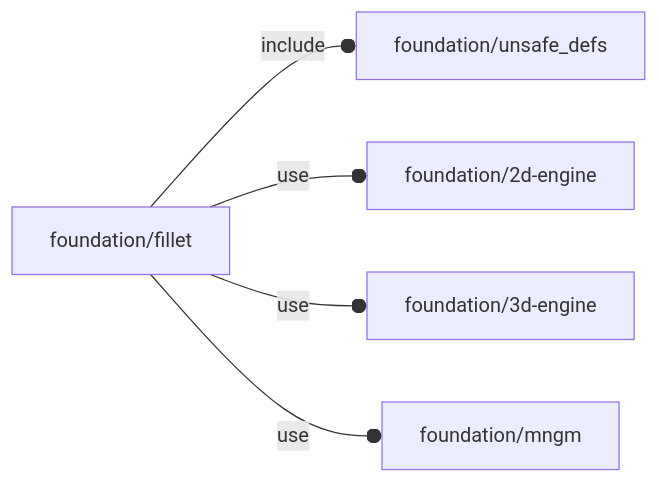
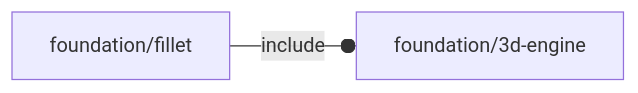
One commit to ggabbiani/OFL changed the diagram in orthodocs/foundation/fillet.md. Above: the diagram before and after it, drawn with Mermaid. The commit also changed 26 other files, not shown here.

````diff
--- a/orthodocs/foundation/fillet.md
+++ b/orthodocs/foundation/fillet.md
@@ -5,7 +5,4 @@
 ```mermaid
 graph LR
-    A1[foundation/fillet] --o|include| A2[foundation/unsafe_defs]
-    A1 --o|use| A3[foundation/2d-engine]
-    A1 --o|use| A4[foundation/3d-engine]
-    A1 --o|use| A5[foundation/mngm]
+    A1[foundation/fillet] --o|include| A2[foundation/3d-engine]
 ```
````
